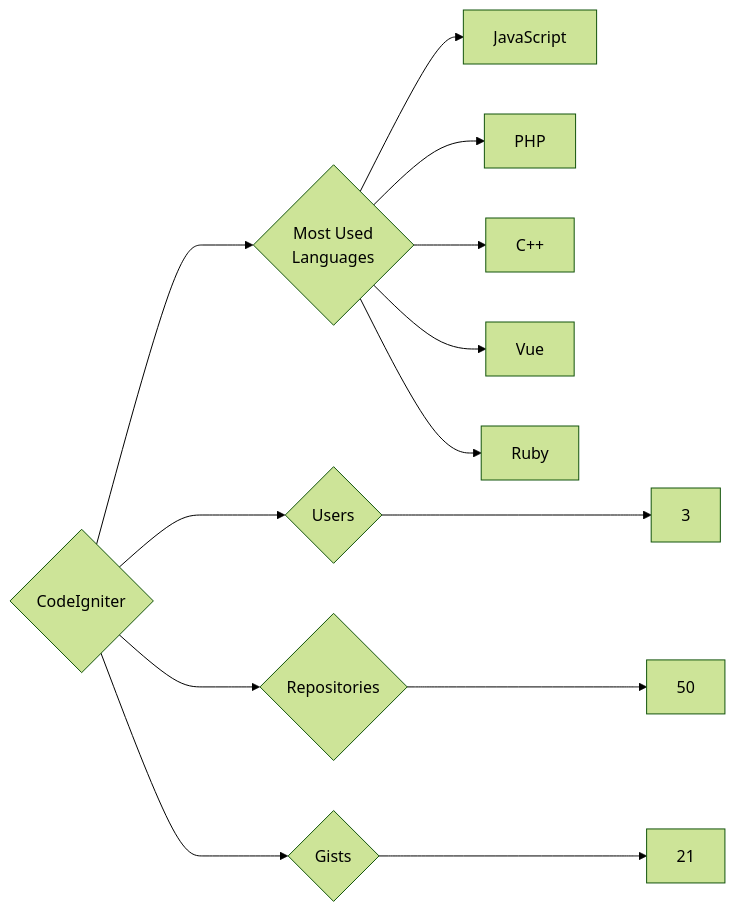
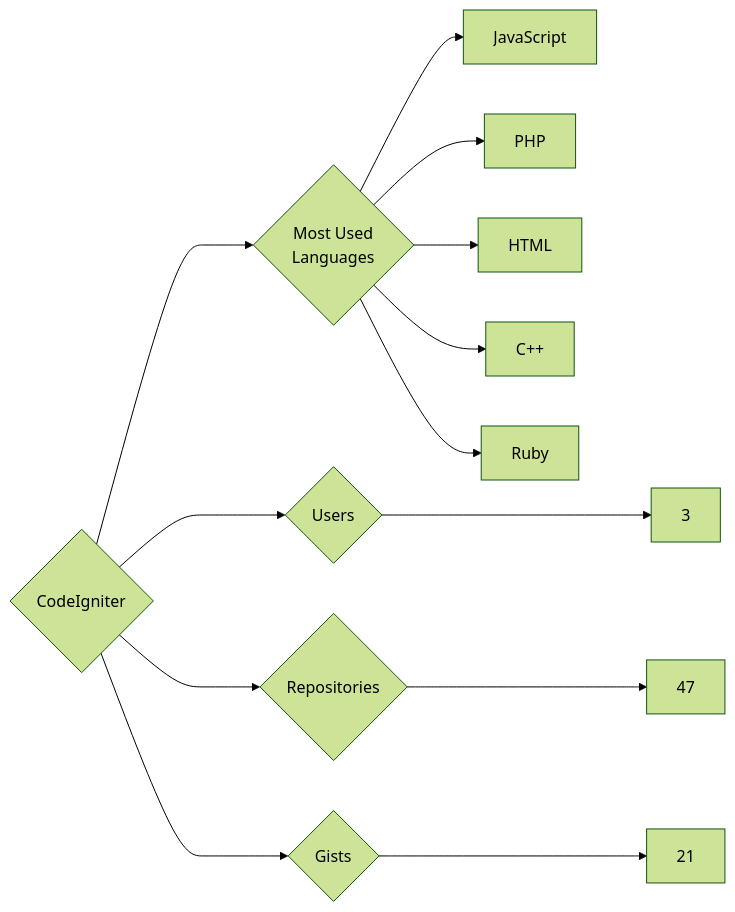
The diagram in targets/CodeIgniter/README.md (trickest/insiders), drawn with Mermaid (forest theme) before and after one commit. The commit also changed 934 other files, not shown here.

````diff
--- a/targets/CodeIgniter/README.md
+++ b/targets/CodeIgniter/README.md
@@ -3,13 +3,13 @@
 ```mermaid
 graph LR
 COMPANY_NAME{CodeIgniter}
 COMPANY_NAME ---> U{Users} ---> UN[3]
-COMPANY_NAME ---> R{Repositories} ---> RN[50]
+COMPANY_NAME ---> R{Repositories} ---> RN[47]
 COMPANY_NAME ---> G{Gists} ---> GN[21]
 COMPANY_NAME ---> ML{Most Used<br>Languages}
 ML --> JavaScript[JavaScript]
 ML --> PHP[PHP]
+ML --> HTML[HTML]
 ML --> C++[C++]
-ML --> Vue[Vue]
 ML --> Ruby[Ruby]
 ```
````
